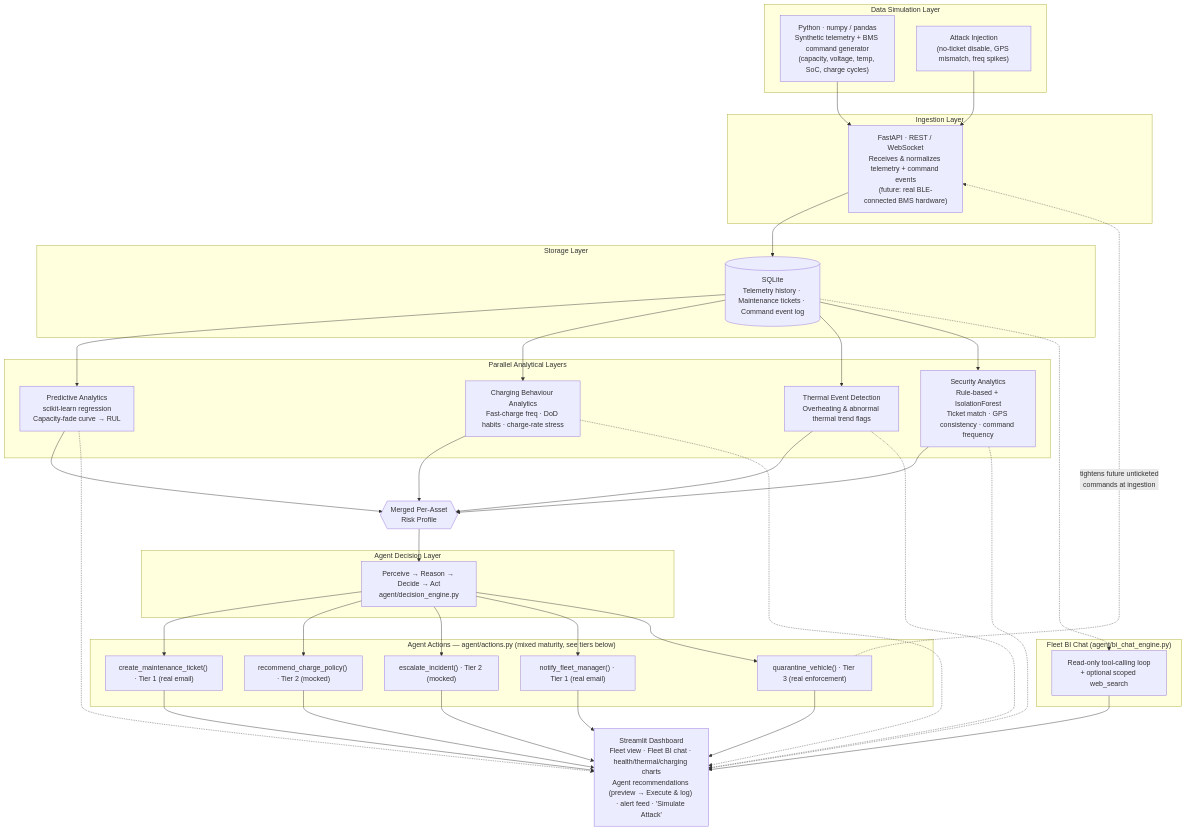
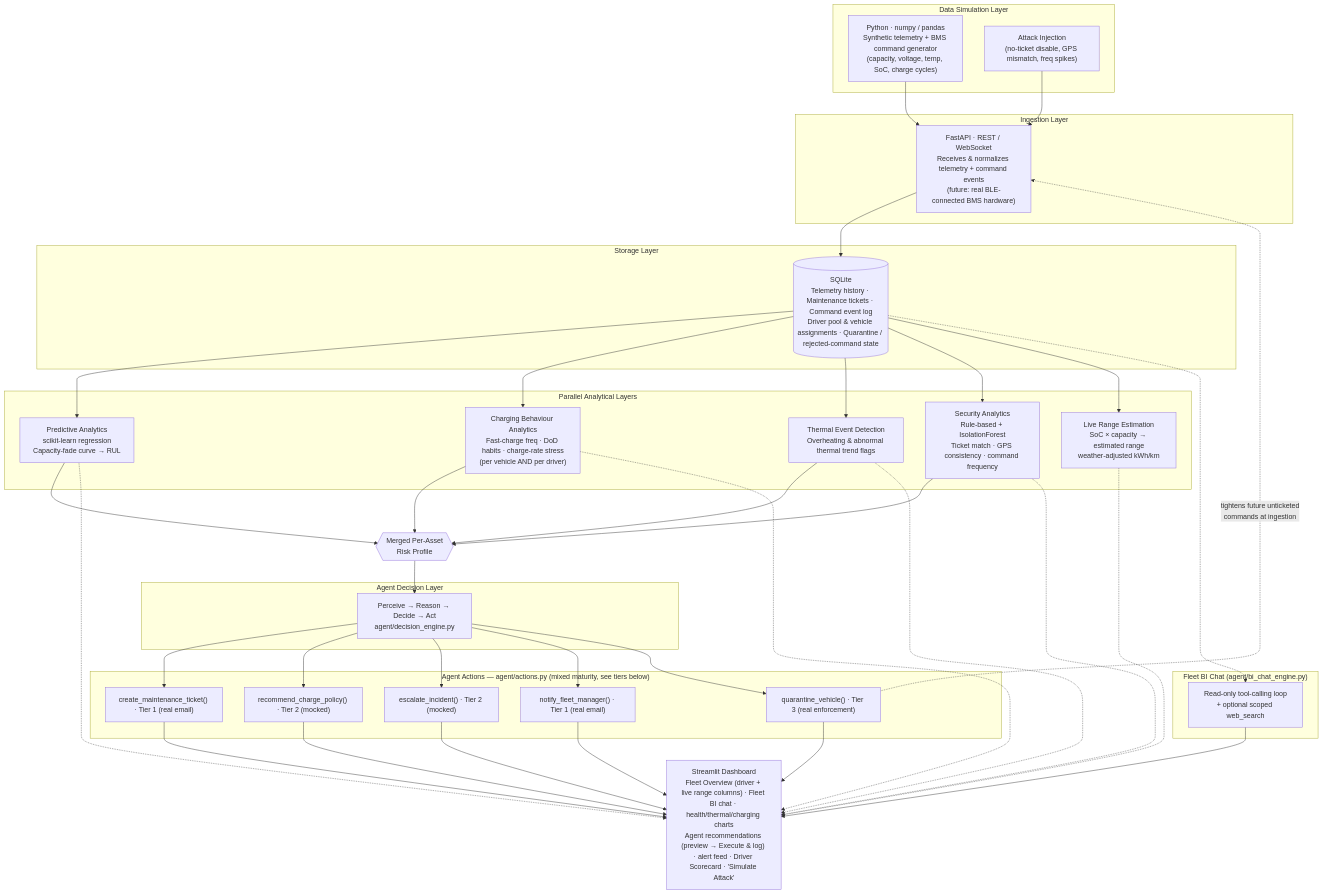
One commit to Yash2642k5/VOLTSENTINEL changed the first of 5 diagrams in README.md. Above: the diagram before and after it, drawn with Mermaid. The commit also changed other lines of this file, not shown here.

````diff
--- a/README.md
+++ b/README.md
@@ -104,72 +107,75 @@
 ```mermaid
 flowchart TB
     subgraph SIM["Data Simulation Layer"]
         A["Python · numpy / pandas<br/>Synthetic telemetry + BMS command generator<br/>(capacity, voltage, temp, SoC, charge cycles)"]
         A2["Attack Injection<br/>(no-ticket disable, GPS mismatch, freq spikes)"]
     end
 
     subgraph ING["Ingestion Layer"]
         B["FastAPI · REST / WebSocket<br/>Receives & normalizes telemetry + command events<br/>(future: real BLE-connected BMS hardware)"]
     end
 
     subgraph STORE["Storage Layer"]
-        C[("SQLite<br/>Telemetry history · Maintenance tickets · Command event log")]
+        C[("SQLite<br/>Telemetry history · Maintenance tickets · Command event log<br/>Driver pool & vehicle assignments · Quarantine / rejected-command state")]
     end
 
     subgraph ANALYTICS["Parallel Analytical Layers"]
         D["Predictive Analytics<br/>scikit-learn regression<br/>Capacity-fade curve → RUL"]
-        E["Charging Behaviour Analytics<br/>Fast-charge freq · DoD habits · charge-rate stress"]
+        E["Charging Behaviour Analytics<br/>Fast-charge freq · DoD habits · charge-rate stress<br/>(per vehicle AND per driver)"]
         F["Thermal Event Detection<br/>Overheating & abnormal thermal trend flags"]
         G["Security Analytics<br/>Rule-based + IsolationForest<br/>Ticket match · GPS consistency · command frequency"]
+        RG["Live Range Estimation<br/>SoC × capacity → estimated range<br/>weather-adjusted kWh/km"]
     end
 
     H{{"Merged Per-Asset<br/>Risk Profile"}}
 
     subgraph AGENT["Agent Decision Layer"]
         I["Perceive → Reason → Decide → Act<br/>agent/decision_engine.py"]
     end
 
     subgraph ACTIONS["Agent Actions — agent/actions.py (mixed maturity, see tiers below)"]
         J1["create_maintenance_ticket() · Tier 1 (real email)"]
         J2["recommend_charge_policy() · Tier 2 (mocked)"]
         J3["escalate_incident() · Tier 2 (mocked)"]
         J4["notify_fleet_manager() · Tier 1 (real email)"]
         J5["quarantine_vehicle() · Tier 3 (real enforcement)"]
     end
 
     subgraph BICHAT["Fleet BI Chat (agent/bi_chat_engine.py)"]
         L["Read-only tool-calling loop<br/>+ optional scoped web_search"]
     end
 
-    K["Streamlit Dashboard<br/>Fleet view · Fleet BI chat · health/thermal/charging charts<br/>Agent recommendations (preview → Execute & log) · alert feed · 'Simulate Attack'"]
+    K["Streamlit Dashboard<br/>Fleet Overview (driver + live range columns) · Fleet BI chat · health/thermal/charging charts<br/>Agent recommendations (preview → Execute & log) · alert feed · Driver Scorecard · 'Simulate Attack'"]
 
     A --> B
     A2 --> B
     B --> C
     C --> D
     C --> E
     C --> F
     C --> G
+    C --> RG
     D --> H
     E --> H
     F --> H
     G --> H
     H --> I
     I --> J1
     I --> J2
     I --> J3
     I --> J4
     I --> J5
     J1 --> K
     J2 --> K
     J3 --> K
     J4 --> K
     J5 --> K
     J5 -.->|"tightens future unticketed<br/>commands at ingestion"| B
     C -.-> L
     L --> K
     D -.-> K
     E -.-> K
     F -.-> K
     G -.-> K
+    RG -.-> K
 ```
````
